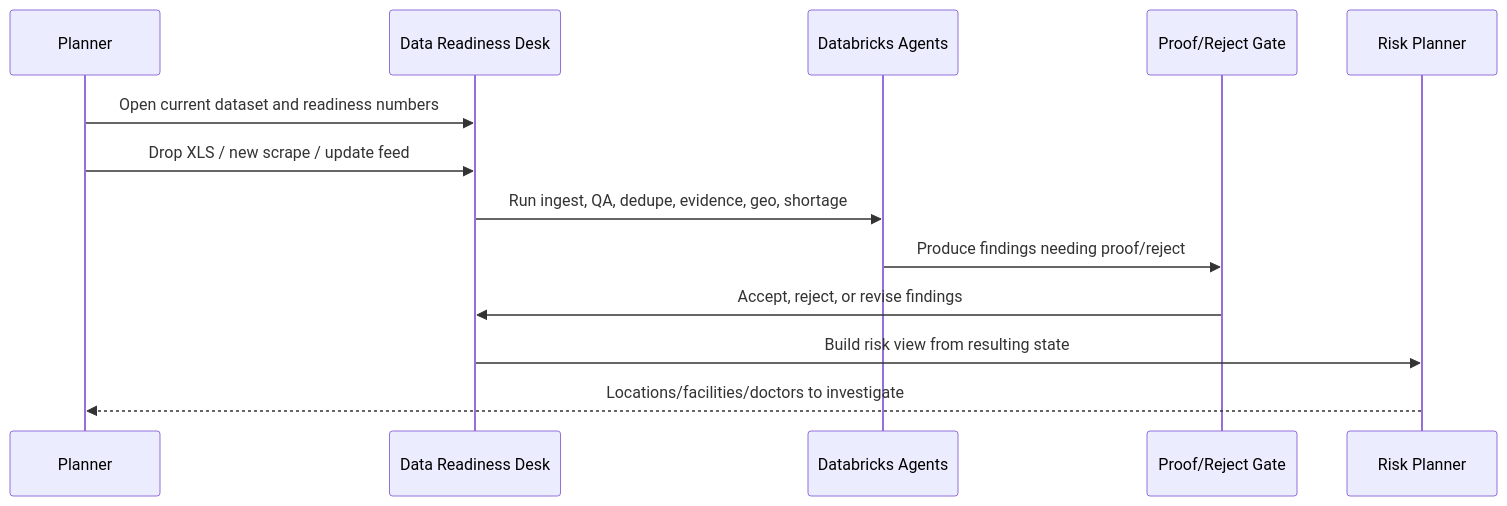
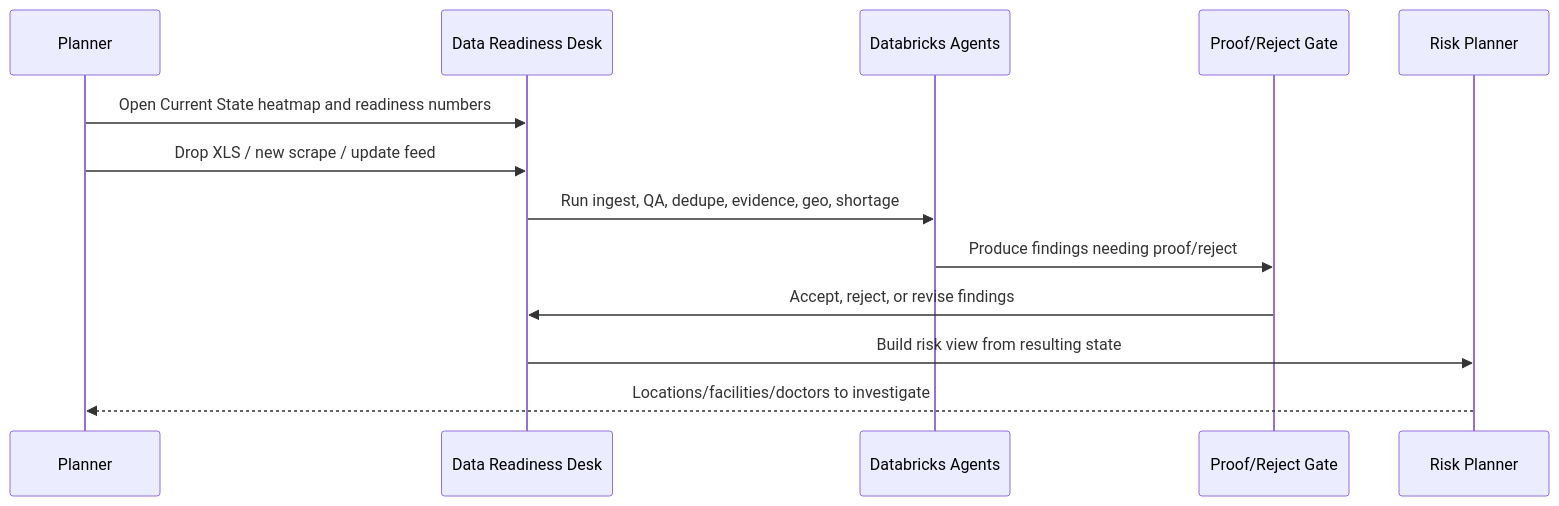
The first of 2 diagrams in docs/design-session-2026-06-15-agent-architecture.md (motobob/dbx_hack_doctors), drawn with Mermaid before and after one commit. The commit also changed other lines of this file and 26 other files, not shown here.

````diff
--- a/docs/design-session-2026-06-15-agent-architecture.md
+++ b/docs/design-session-2026-06-15-agent-architecture.md
@@ -43,16 +46,16 @@
 ```mermaid
 sequenceDiagram
   participant Planner
   participant App as Data Readiness Desk
   participant Agents as Databricks Agents
   participant Human as Proof/Reject Gate
   participant Risk as Risk Planner
 
-  Planner->>App: Open current dataset and readiness numbers
+  Planner->>App: Open Current State heatmap and readiness numbers
   Planner->>App: Drop XLS / new scrape / update feed
   App->>Agents: Run ingest, QA, dedupe, evidence, geo, shortage
   Agents->>Human: Produce findings needing proof/reject
   Human->>App: Accept, reject, or revise findings
   App->>Risk: Build risk view from resulting state
   Risk-->>Planner: Locations/facilities/doctors to investigate
 ```
````
